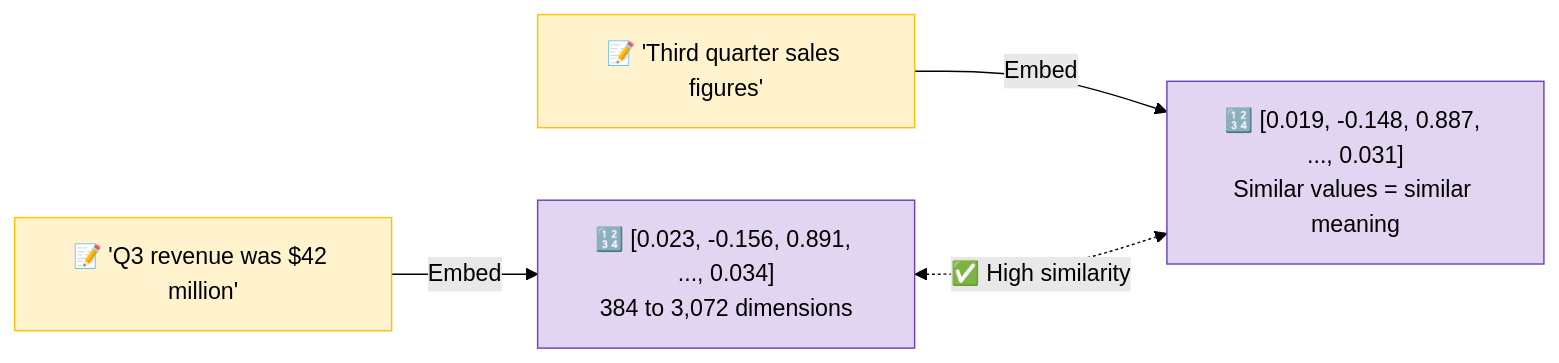
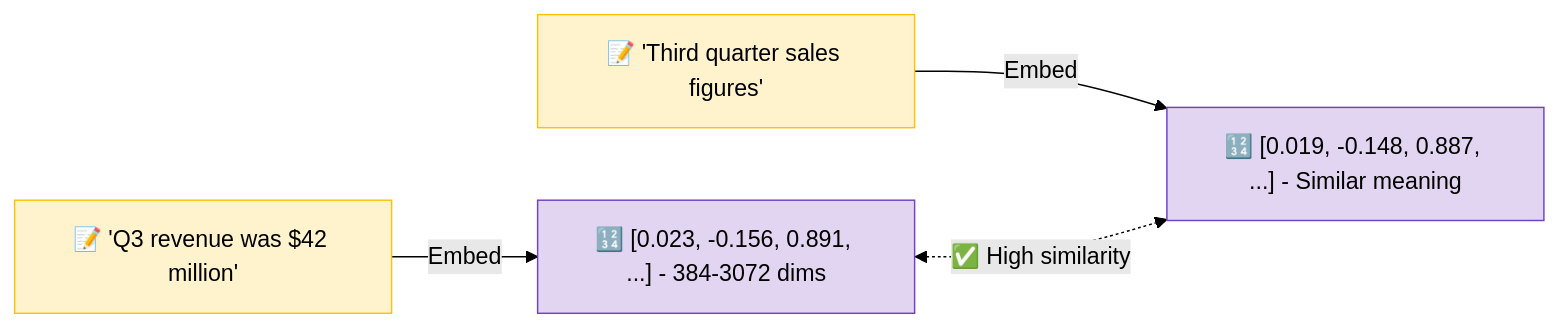
Before and after one commit to ithinktavo/GenAI-Engineering-Handbook: the fourth of 10 diagrams in docs/04-rag-deep-dive.md, drawn with Mermaid (forest theme). The commit also changed other lines of this file and 9 other files, not shown here.

First line of the commit message:
Fix Mermaid rendering: remove emoji from subgraph titles and unsupported syntax

````diff
--- a/docs/04-rag-deep-dive.md
+++ b/docs/04-rag-deep-dive.md
@@ -194,12 +194,12 @@
 ```mermaid
 graph LR
-    T1["📝 'Q3 revenue was $42 million'"] -->|Embed| V1["🔢 [0.023, -0.156, 0.891, ..., 0.034]\n384 to 3,072 dimensions"]
-    T2["📝 'Third quarter sales figures'"] -->|Embed| V2["🔢 [0.019, -0.148, 0.887, ..., 0.031]\nSimilar values = similar meaning"]
+    T1["📝 'Q3 revenue was $42 million'"] -->|Embed| V1["🔢 [0.023, -0.156, 0.891, ...] - 384-3072 dims"]
+    T2["📝 'Third quarter sales figures'"] -->|Embed| V2["🔢 [0.019, -0.148, 0.887, ...] - Similar meaning"]
 
     V1 <-.->|"✅ High similarity"| V2
 
     style T1 fill:#fff3cd,stroke:#ffc107
     style T2 fill:#fff3cd,stroke:#ffc107
     style V1 fill:#e2d5f1,stroke:#6f42c1
     style V2 fill:#e2d5f1,stroke:#6f42c1
 ```
````
